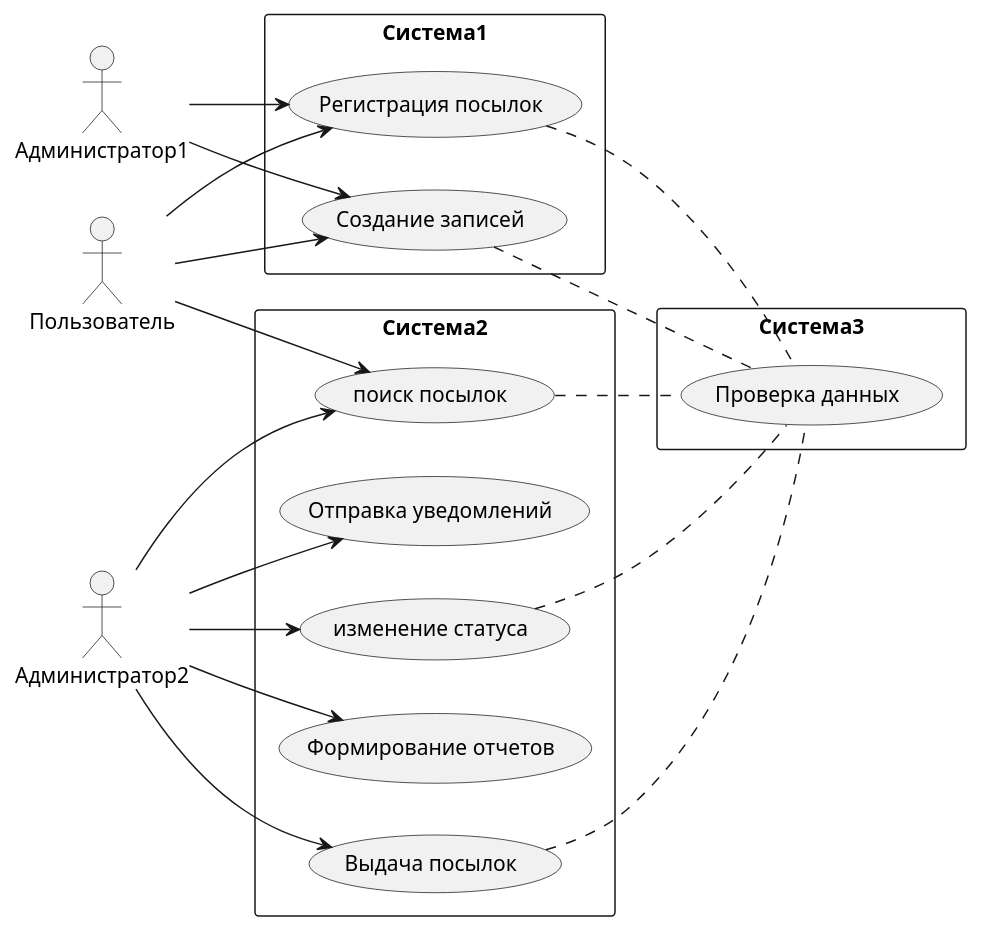
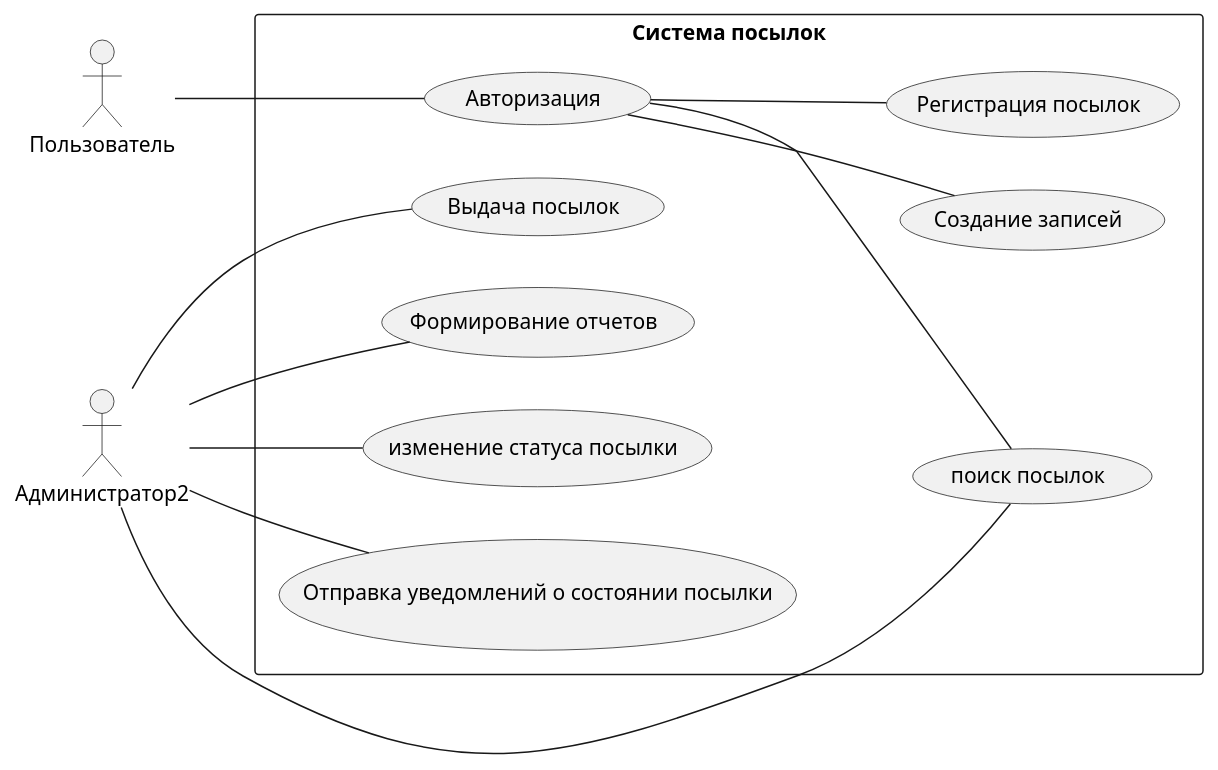
Before and after one commit to TEGI02/Lab3.1: the diagram in Case/UseCase.puml, drawn with PlantUML. The commit also changed 10 other files, not shown here.

```diff
--- a/Case/UseCase.puml
+++ b/Case/UseCase.puml
@@ -1,36 +1,25 @@
 @startuml
 left to right direction
 skinparam packageStyle rectangle
-actor "Администратор1" as User
-package "Система1" {
+actor "Администратор2" as User1
+package "Система посылок" {
     usecase "Регистрация посылок" as UC_RegisterOf
     usecase "Создание записей" as UC_Creation
-}
-actor "Администратор2" as User1
-package "Система2" {
     usecase "Выдача посылок" as UC_issuance
     usecase "Формирование отчетов" as UC_report
     usecase "поиск посылок" as UC_search
-    usecase "изменение статуса" as UC_status
-    usecase "Отправка уведомлений" as UC_notific
-}
-package "Система3" {
-    usecase "Проверка данных" as UC_data
+    usecase "изменение статуса посылки" as UC_status
+    usecase "Отправка уведомлений о состоянии посылки" as UC_notific
+    usecase "Авторизация" as UC_Register
 }
 actor "Пользователь" as User2
-User --> UC_RegisterOf
-User --> UC_Creation
-User1 --> UC_issuance
-User1 --> UC_report
-User1 --> UC_search
-User1 --> UC_status
-User1 --> UC_notific
-User2 --> UC_RegisterOf
-User2 --> UC_Creation
-User2 --> UC_search
-UC_RegisterOf .. UC_data
-UC_Creation .. UC_data
-UC_issuance .. UC_data
-UC_search .. UC_data
-UC_status .. UC_data
+User1 -- UC_issuance
+User1 -- UC_report
+User1 -- UC_search
+User1 -- UC_status
+User1 -- UC_notific
+User2 -- UC_Register
+UC_Register -- UC_Creation
+UC_Register -- UC_search
+UC_Register -- UC_RegisterOf
 @enduml
```
